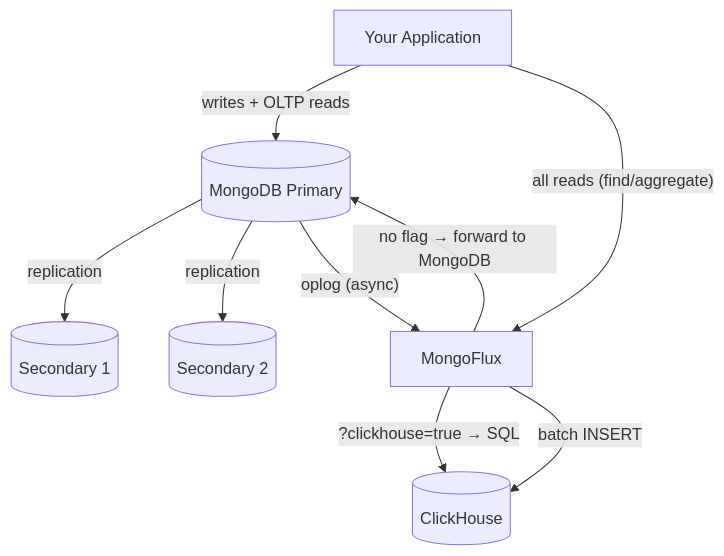
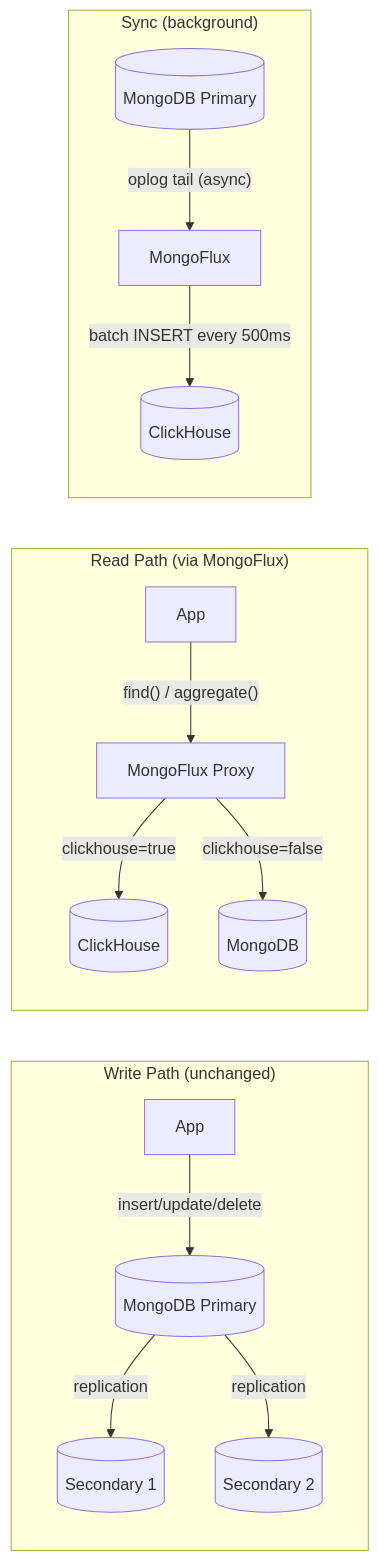
One commit to mrityunjaysharma/mongo-flux changed the first of 2 diagrams in README.md. Above: the diagram before and after it, drawn with Mermaid.

````diff
--- a/README.md
+++ b/README.md
@@ -17,11 +17,19 @@
 ```mermaid
-flowchart TD
-    APP[Your Application] -->|writes + OLTP reads| MGP[(MongoDB Primary)]
-    MGP -->|replication| MGS1[(Secondary 1)]
-    MGP -->|replication| MGS2[(Secondary 2)]
-    APP -->|"all reads (find/aggregate)"| MGC[MongoFlux]
-    MGC -->|"?clickhouse=true → SQL"| CH[(ClickHouse)]
-    MGC -->|"no flag → forward to MongoDB"| MGP
-    MGP -->|"oplog (async)"| MGC
-    MGC -->|batch INSERT| CH
+flowchart LR
+    subgraph writes ["Write Path (unchanged)"]
+        APP1[App] -->|insert/update/delete| MGP[(MongoDB Primary)]
+        MGP -->|replication| S1[(Secondary 1)]
+        MGP -->|replication| S2[(Secondary 2)]
+    end
+
+    subgraph reads ["Read Path (via MongoFlux)"]
+        APP2[App] -->|"find() / aggregate()"| MF[MongoFlux Proxy]
+        MF -->|"clickhouse=true"| CH[(ClickHouse)]
+        MF -->|"clickhouse=false"| MGP2[(MongoDB)]
+    end
+
+    subgraph sync ["Sync (background)"]
+        MGP3[(MongoDB Primary)] -->|"oplog tail (async)"| MF2[MongoFlux]
+        MF2 -->|"batch INSERT every 500ms"| CH2[(ClickHouse)]
+    end
 ```
````
